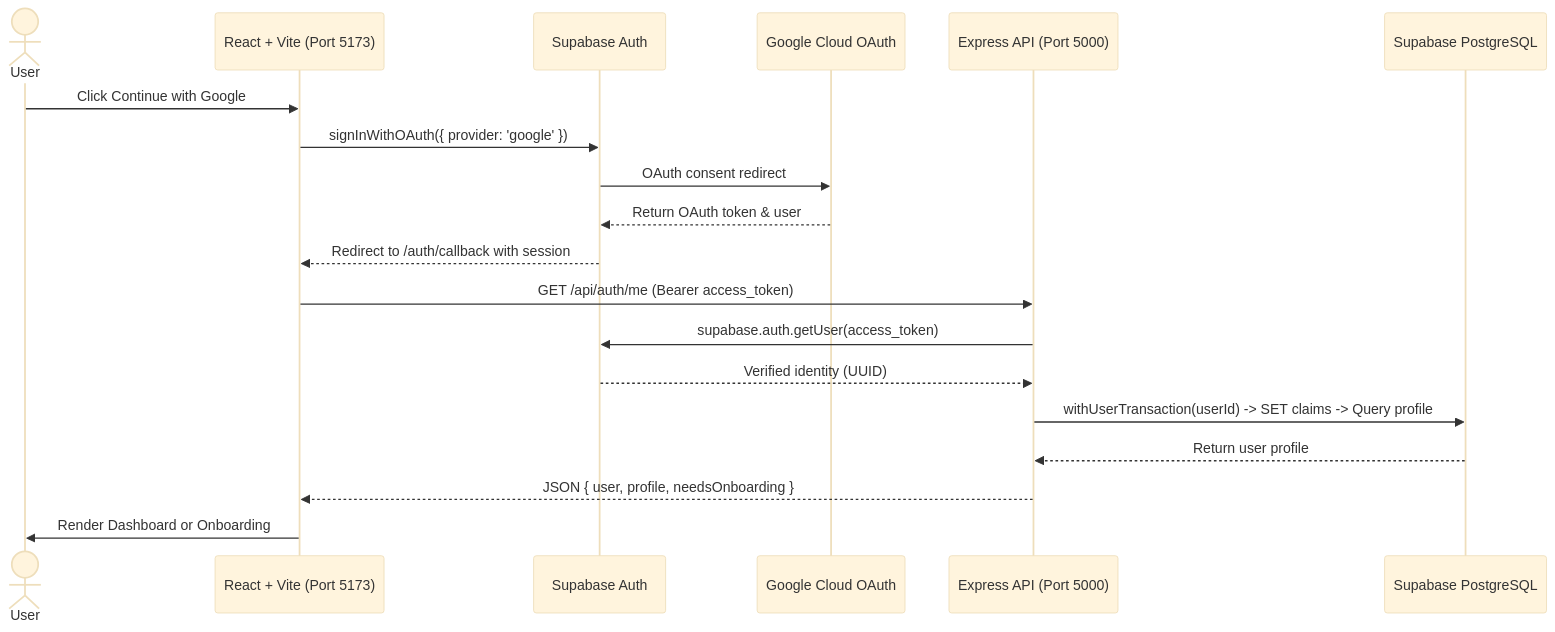
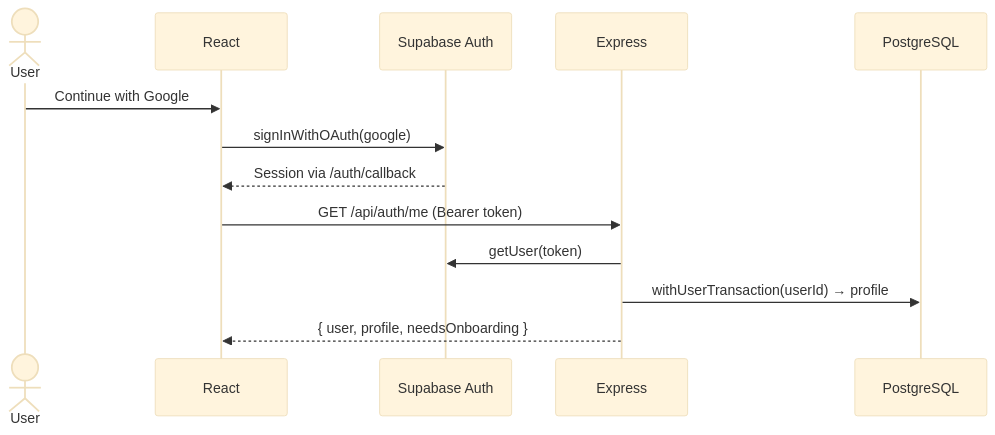
One commit to kanishk3114S/ShowTracker changed the second of 3 diagrams in README.md. Above: the diagram before and after it, drawn with Mermaid (base theme). The commit also changed other lines of this file and 42 other files, not shown here.

````diff
--- a/README.md
+++ b/README.md
@@ -29,22 +67,16 @@
 ```mermaid
 sequenceDiagram
     actor User
-    participant React as React + Vite (Port 5173)
+    participant React
     participant Supabase as Supabase Auth
-    participant Google as Google Cloud OAuth
-    participant Express as Express API (Port 5000)
-    participant DB as Supabase PostgreSQL
+    participant Express
+    participant DB as PostgreSQL
 
-    User->>React: Click Continue with Google
-    React->>Supabase: signInWithOAuth({ provider: 'google' })
-    Supabase->>Google: OAuth consent redirect
-    Google-->>Supabase: Return OAuth token & user
-    Supabase-->>React: Redirect to /auth/callback with session
-    React->>Express: GET /api/auth/me (Bearer access_token)
-    Express->>Supabase: supabase.auth.getUser(access_token)
-    Supabase-->>Express: Verified identity (UUID)
-    Express->>DB: withUserTransaction(userId) -> SET claims -> Query profile
-    DB-->>Express: Return user profile
-    Express-->>React: JSON { user, profile, needsOnboarding }
-    React->>User: Render Dashboard or Onboarding
+    User->>React: Continue with Google
+    React->>Supabase: signInWithOAuth(google)
+    Supabase-->>React: Session via /auth/callback
+    React->>Express: GET /api/auth/me (Bearer token)
+    Express->>Supabase: getUser(token)
+    Express->>DB: withUserTransaction(userId) → profile
+    Express-->>React: { user, profile, needsOnboarding }
 ```
````
